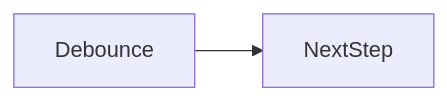
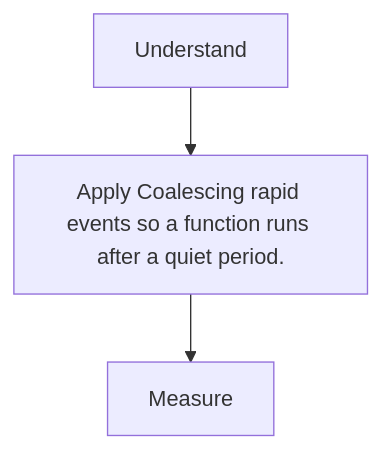
Before and after one commit to OmidJavaherii/Frontend-Engineering-Handbook: the second of 2 diagrams in docs/en/13-performance/debounce/index.md, drawn with Mermaid. The commit also changed other lines of this file and 461 other files, not shown here.

````diff
--- a/docs/en/13-performance/debounce/index.md
+++ b/docs/en/13-performance/debounce/index.md
@@ -95,4 +111,5 @@
 ```mermaid
-flowchart LR
-  concept[Debounce] --> nextStep[NextStep]
+flowchart TD
+  A[Understand] --> B[Apply Coalescing rapid events so a function runs after a quiet period.]
+  B --> C[Measure]
 ```
````
